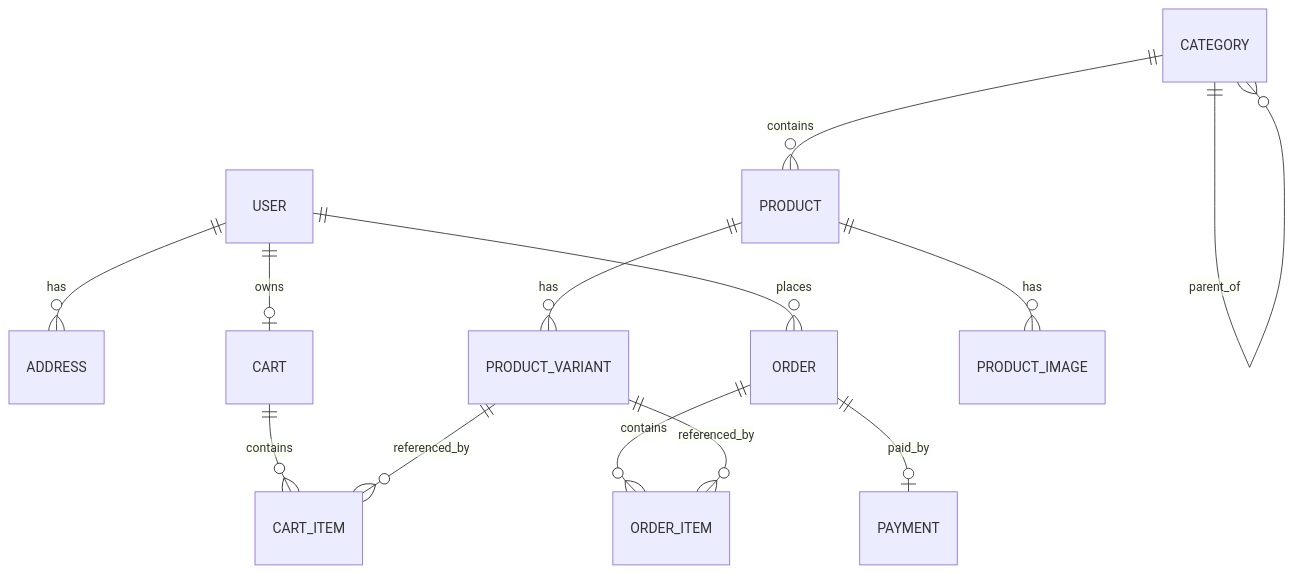
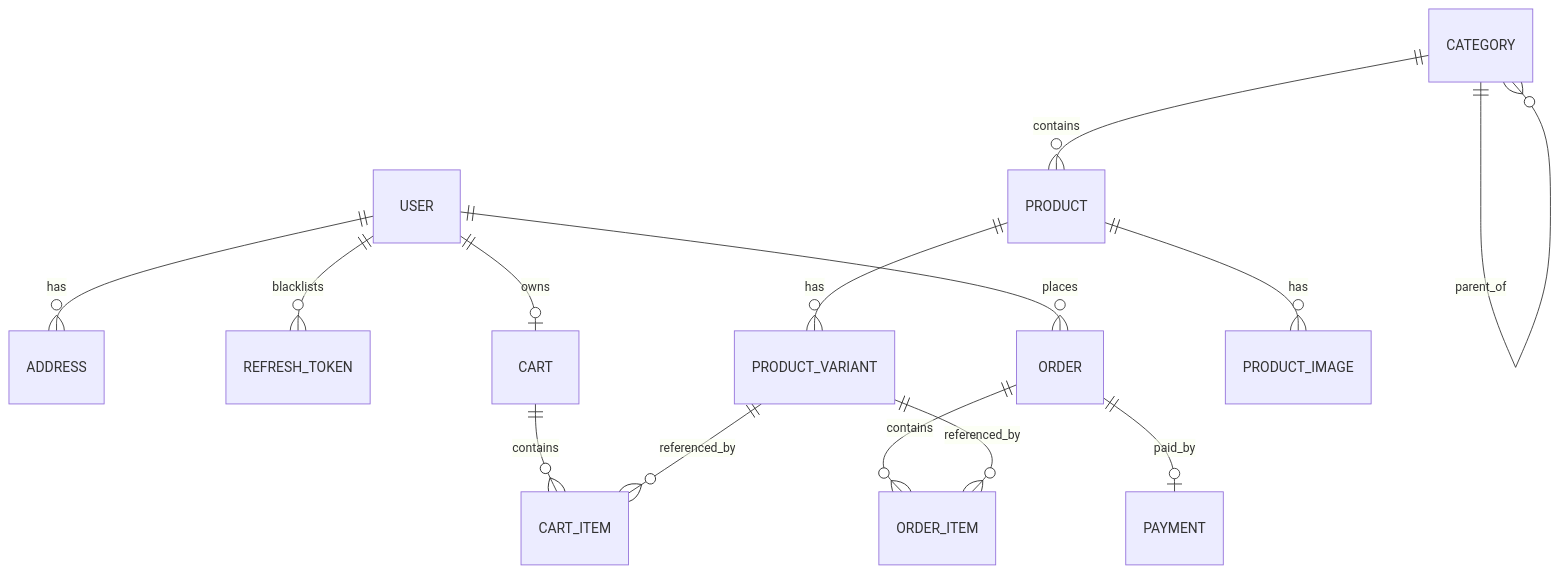
The diagram in docs/03-architecture/DATA-MODEL.md (prasojo-work/ecommerce_project), drawn with Mermaid before and after one commit. The commit also changed other lines of this file and 3 other files, not shown here.

````diff
--- a/docs/03-architecture/DATA-MODEL.md
+++ b/docs/03-architecture/DATA-MODEL.md
@@ -19,15 +19,16 @@
 ```mermaid
 erDiagram
   USER ||--o{ ADDRESS : has
+  USER ||--o{ REFRESH_TOKEN : blacklists
   USER ||--o| CART : owns
   USER ||--o{ ORDER : places
   CATEGORY ||--o{ CATEGORY : parent_of
   CATEGORY ||--o{ PRODUCT : contains
   PRODUCT ||--o{ PRODUCT_VARIANT : has
   PRODUCT ||--o{ PRODUCT_IMAGE : has
   CART ||--o{ CART_ITEM : contains
   PRODUCT_VARIANT ||--o{ CART_ITEM : referenced_by
   ORDER ||--o{ ORDER_ITEM : contains
   PRODUCT_VARIANT ||--o{ ORDER_ITEM : referenced_by
   ORDER ||--o| PAYMENT : paid_by
 ```
````
